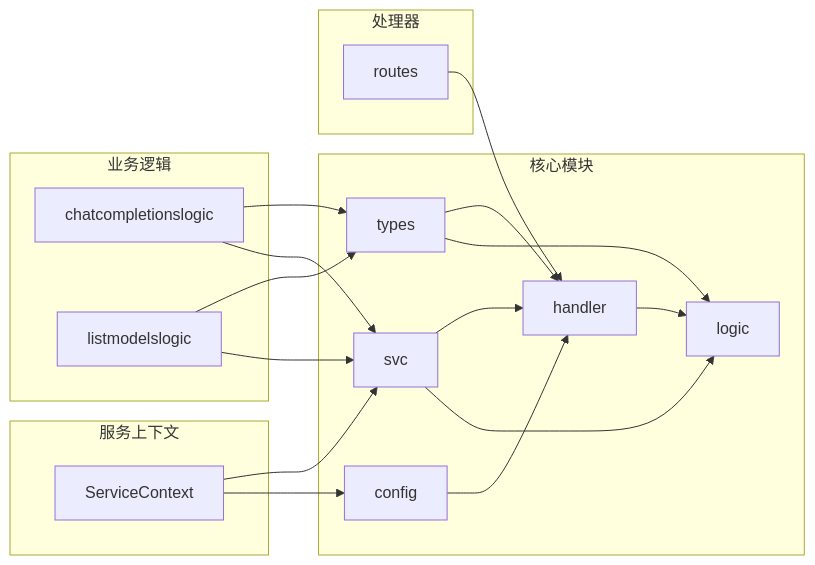
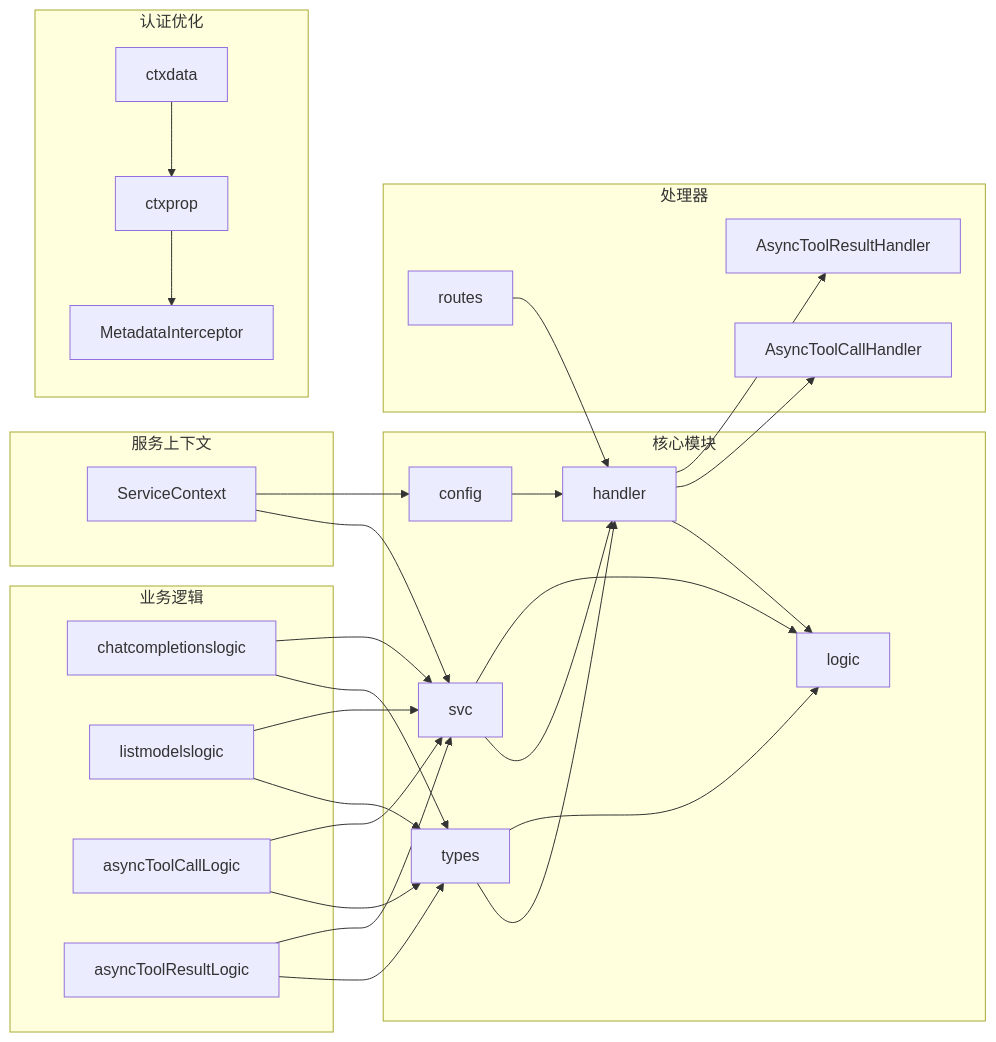
One commit to maomao94/zero-service changed diagram 21 of 21 in .qoder/repowiki/zh/content/Aigtw Gateway Service.md. Above: the diagram before and after it, drawn with Mermaid. The commit also changed other lines of this file and 42 other files, not shown here.

````diff
--- a/.qoder/repowiki/zh/content/Aigtw Gateway Service.md
+++ b/.qoder/repowiki/zh/content/Aigtw Gateway Service.md
@@ -357,24 +723,34 @@
 ```mermaid
 graph LR
 subgraph "核心模块"
 Config[config] --> Handler[handler]
 Types[types] --> Handler
 Types --> Logic[logic]
 Svc[svc] --> Handler
 Svc --> Logic
 end
 subgraph "处理器"
 Routes[routes] --> Handler
 Handler --> Logic
+Handler --> AsyncToolCallHandler
+Handler --> AsyncToolResultHandler
 end
 subgraph "业务逻辑"
 ChatLogic[chatcompletionslogic] --> Types
 ChatLogic --> Svc
 ModelLogic[listmodelslogic] --> Types
 ModelLogic --> Svc
+AsyncCallLogic[asyncToolCallLogic] --> Types
+AsyncCallLogic --> Svc
+AsyncResultLogic[asyncToolResultLogic] --> Types
+AsyncResultLogic --> Svc
 end
 subgraph "服务上下文"
 ServiceContext --> Svc
 ServiceContext --> Config
 end
+subgraph "认证优化"
+CtxData[ctxdata] --> CtxProp[ctxprop]
+CtxProp --> MetadataInterceptor
+end
 ```
````
